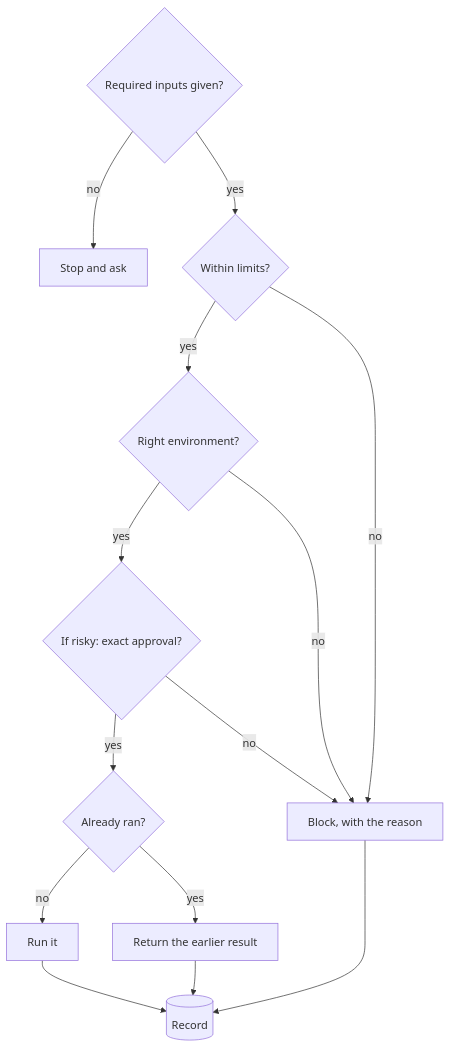
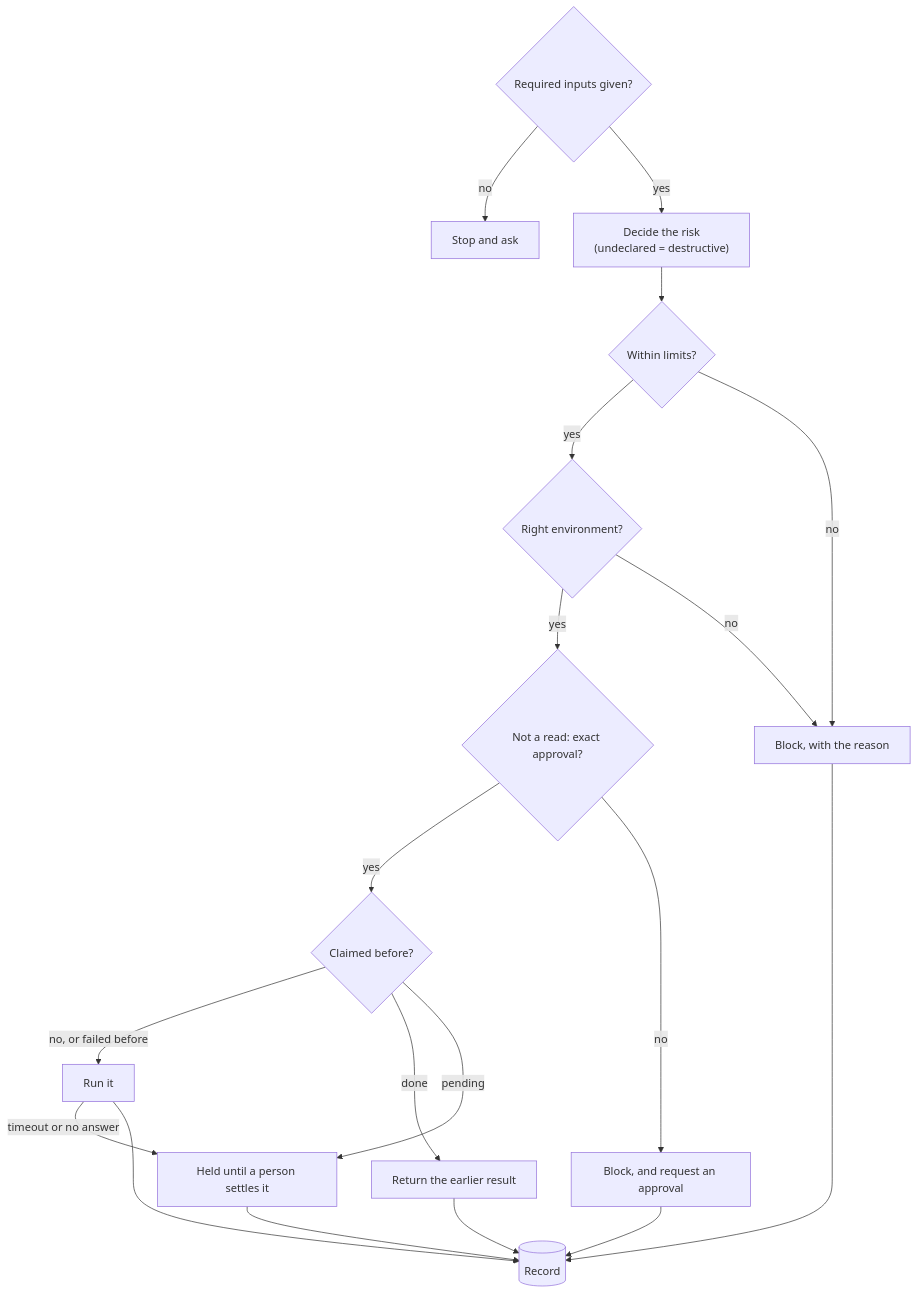
The second of 2 diagrams in README.md (GreyyDaze/agent-action-gateway), drawn with Mermaid before and after one commit. The commit also changed other lines of this file, not shown here.

First line of the commit message:
docs: full system diagram in the README, with every part and step

````diff
--- a/README.md
+++ b/README.md
@@ -88,16 +156,21 @@
 ```mermaid
 flowchart TD
     I{"Required inputs given?"} -->|no| Q[Stop and ask]
-    I -->|yes| L{"Within limits?"}
+    I -->|yes| K["Decide the risk<br/>(undeclared = destructive)"]
+    K --> L{"Within limits?"}
     L -->|yes| E{"Right environment?"}
-    E -->|yes| P{"If risky: exact approval?"}
-    P -->|yes| O{"Already ran?"}
-    O -->|no| R[Run it]
-    O -->|yes| D[Return the earlier result]
+    E -->|yes| P{"Not a read: exact approval?"}
+    P -->|yes| O{"Claimed before?"}
+    O -->|no, or failed before| R[Run it]
+    O -->|done| D[Return the earlier result]
+    O -->|pending| H[Held until a person settles it]
+    R -->|timeout or no answer| H
     L -->|no| B[Block, with the reason]
     E -->|no| B
-    P -->|no| B
+    P -->|no| A[Block, and request an approval]
     R --> REC[(Record)]
     D --> REC
+    H --> REC
     B --> REC
+    A --> REC
 ```
````
